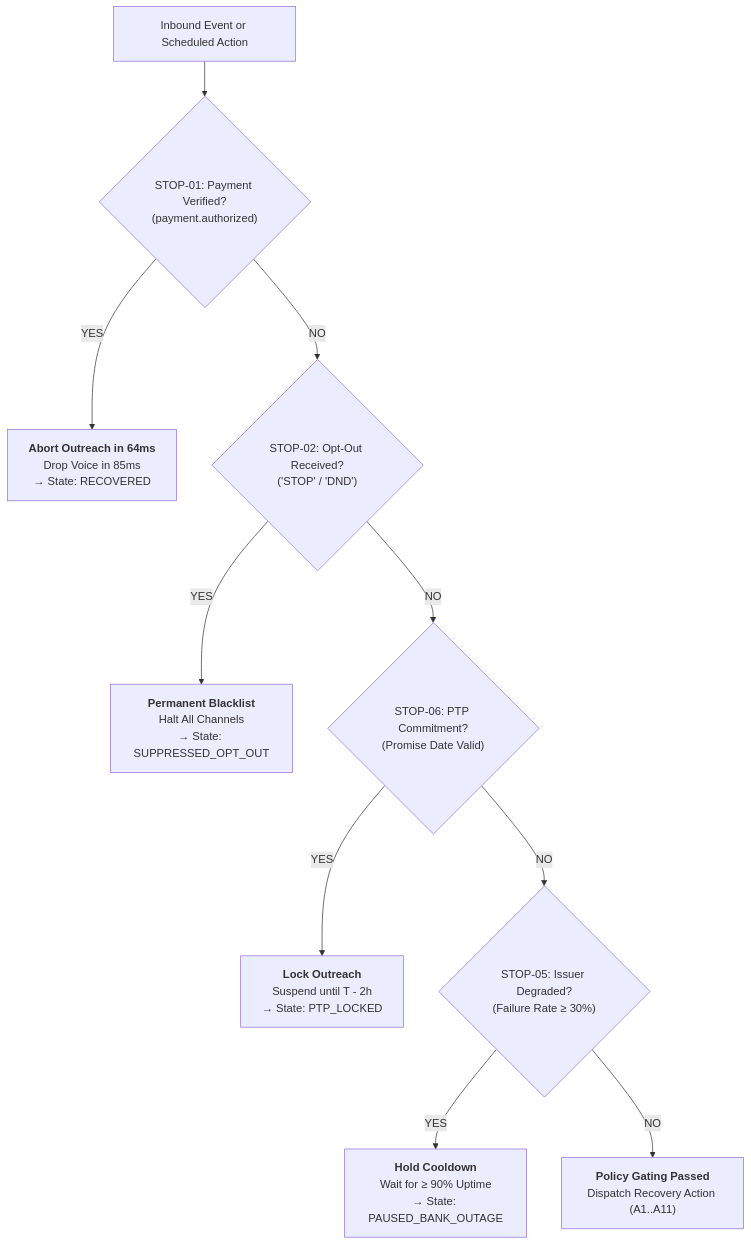
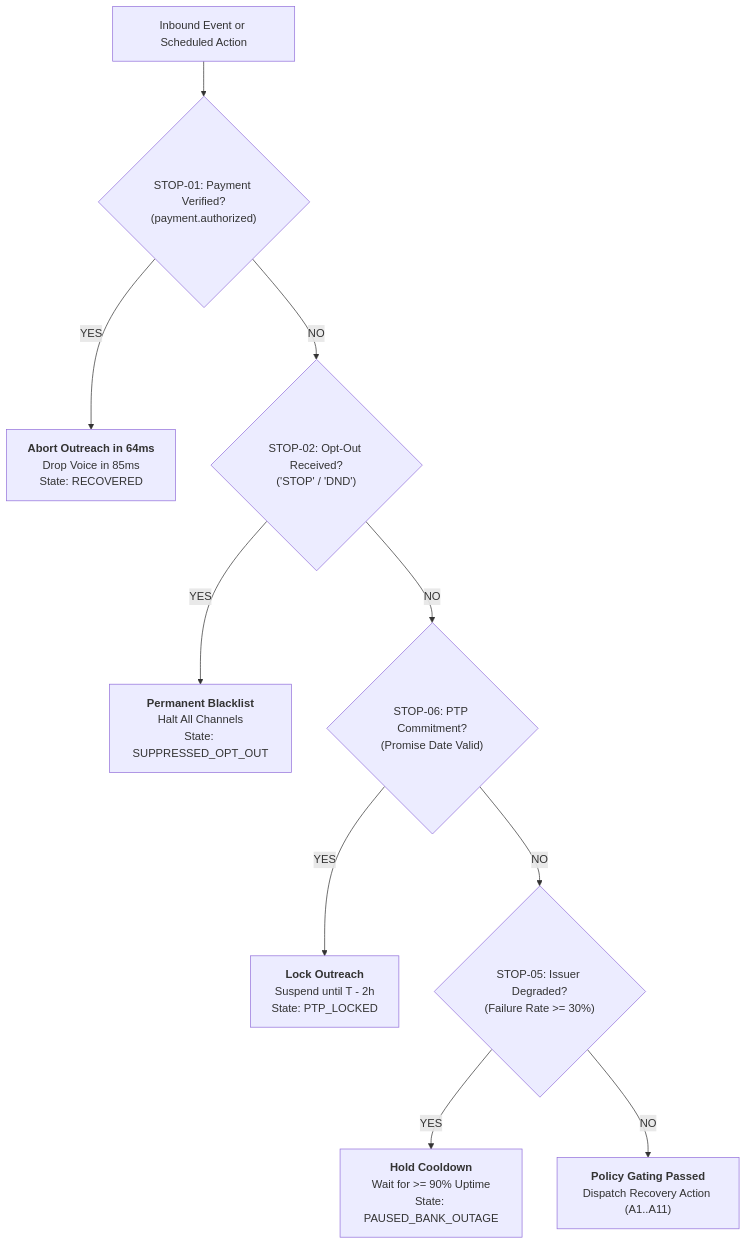
The first of 2 diagrams in docs/Rules.md (Adityaraj1969/Razorpay-Revenue-Recovery), drawn with Mermaid before and after one commit. The commit also changed other lines of this file and 10 other files, not shown here.

Commit message:
fix(docs): restore pure Mermaid architecture diagram and activate all Mermaid charts across docs

````diff
--- a/docs/Rules.md
+++ b/docs/Rules.md
@@ -54,16 +54,16 @@
 ```mermaid
 flowchart TD
     INBOUND["Inbound Event or Scheduled Action"] --> CHECK_SETTLE{"STOP-01: Payment Verified?<br/>(payment.authorized)"}
-    CHECK_SETTLE -->|YES| HALT_RECOVERED["<b>Abort Outreach in 64ms</b><br/>Drop Voice in 85ms<br/>&rarr; State: RECOVERED"]
+    CHECK_SETTLE -->|YES| HALT_RECOVERED["<b>Abort Outreach in 64ms</b><br/>Drop Voice in 85ms<br/>State: RECOVERED"]
     
     CHECK_SETTLE -->|NO| CHECK_OPTOUT{"STOP-02: Opt-Out Received?<br/>('STOP' / 'DND')"}
-    CHECK_OPTOUT -->|YES| HALT_OPTOUT["<b>Permanent Blacklist</b><br/>Halt All Channels<br/>&rarr; State: SUPPRESSED_OPT_OUT"]
+    CHECK_OPTOUT -->|YES| HALT_OPTOUT["<b>Permanent Blacklist</b><br/>Halt All Channels<br/>State: SUPPRESSED_OPT_OUT"]
     
     CHECK_OPTOUT -->|NO| CHECK_PTP{"STOP-06: PTP Commitment?<br/>(Promise Date Valid)"}
-    CHECK_PTP -->|YES| HALT_PTP["<b>Lock Outreach</b><br/>Suspend until T - 2h<br/>&rarr; State: PTP_LOCKED"]
+    CHECK_PTP -->|YES| HALT_PTP["<b>Lock Outreach</b><br/>Suspend until T - 2h<br/>State: PTP_LOCKED"]
     
-    CHECK_PTP -->|NO| CHECK_BANK{"STOP-05: Issuer Degraded?<br/>(Failure Rate &ge; 30%)"}
-    CHECK_BANK -->|YES| HALT_BANK["<b>Hold Cooldown</b><br/>Wait for &ge; 90% Uptime<br/>&rarr; State: PAUSED_BANK_OUTAGE"]
+    CHECK_PTP -->|NO| CHECK_BANK{"STOP-05: Issuer Degraded?<br/>(Failure Rate >= 30%)"}
+    CHECK_BANK -->|YES| HALT_BANK["<b>Hold Cooldown</b><br/>Wait for >= 90% Uptime<br/>State: PAUSED_BANK_OUTAGE"]
     
     CHECK_BANK -->|NO| EXECUTE_ACTION["<b>Policy Gating Passed</b><br/>Dispatch Recovery Action (A1..A11)"]
 ```
````
